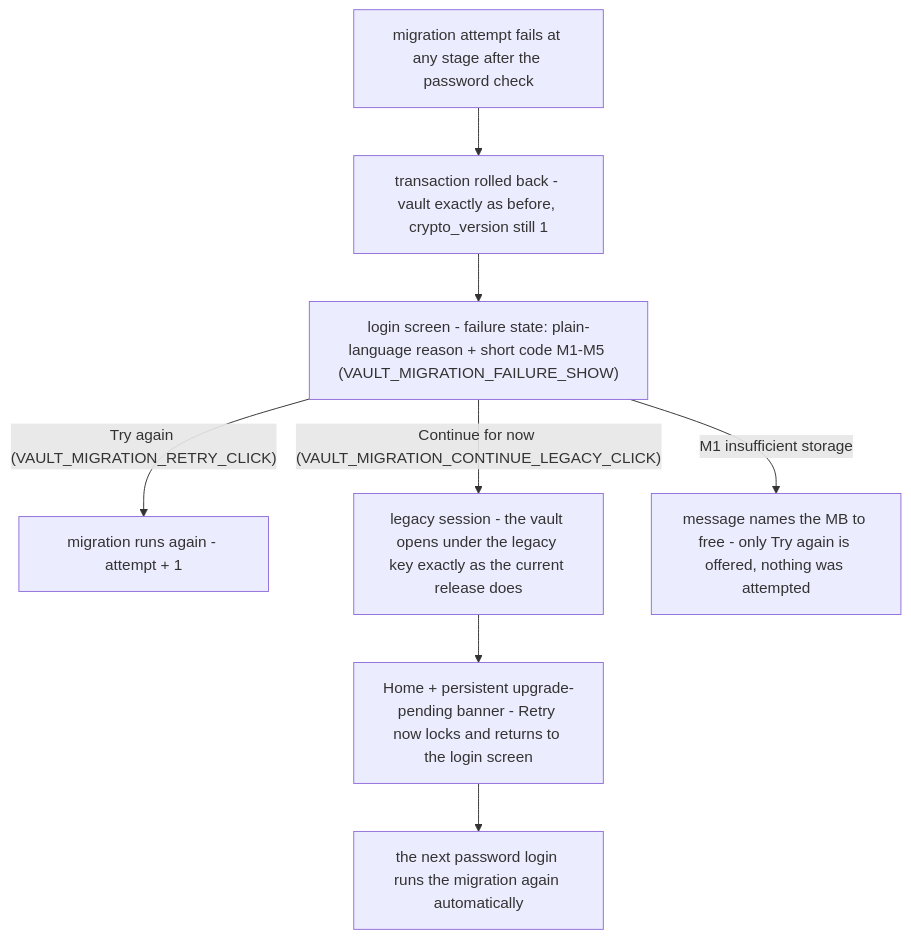
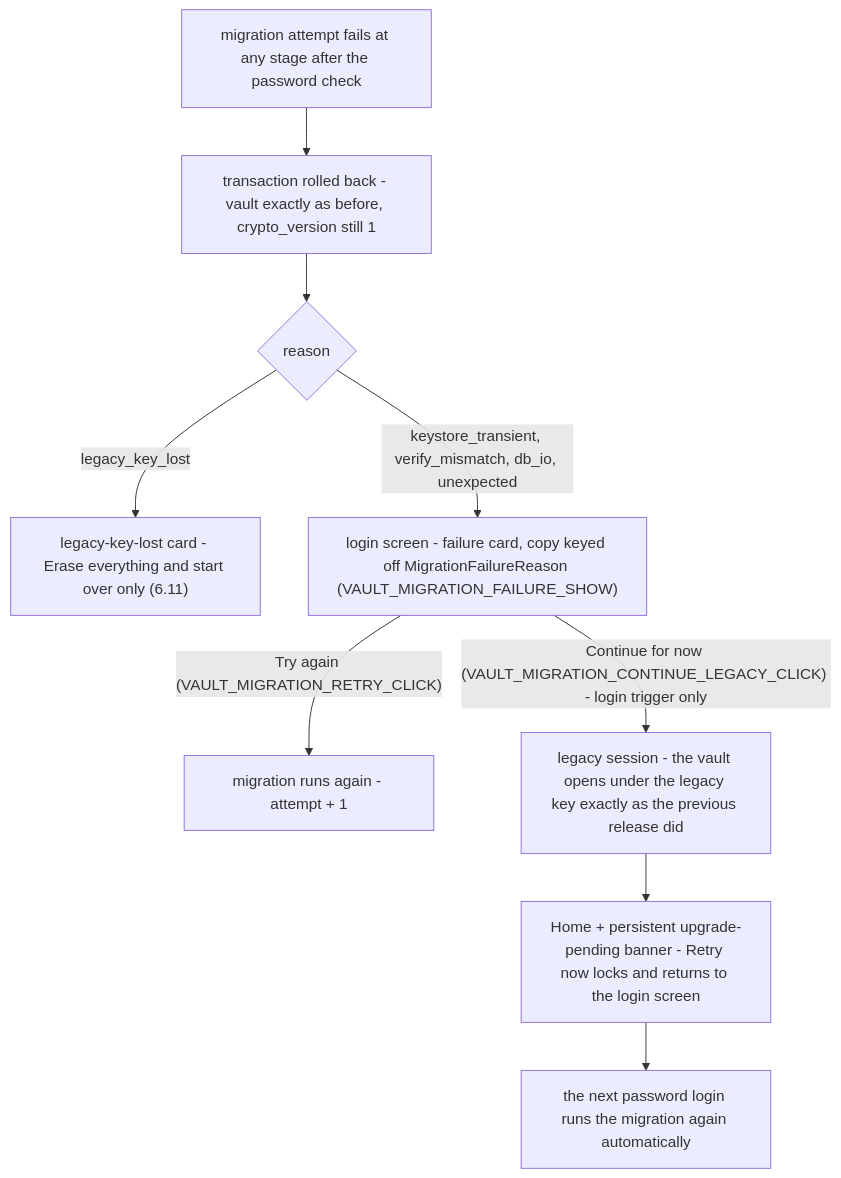
The ninth of 23 diagrams in docs/design/envelope-encryption.md (Ni3verma/Safe-Box), drawn with Mermaid before and after one commit. The commit also changed other lines of this file and 7 other files, not shown here.

````diff
--- a/docs/design/envelope-encryption.md
+++ b/docs/design/envelope-encryption.md
@@ -641,10 +629,11 @@
 ```mermaid
 flowchart TB
     F["migration attempt fails at any stage after the password check"] --> R["transaction rolled back - vault exactly as before, crypto_version still 1"]
-    R --> S["login screen - failure state: plain-language reason + short code M1-M5 (VAULT_MIGRATION_FAILURE_SHOW)"]
+    R --> K{"reason"}
+    K -->|"legacy_key_lost"| LK["legacy-key-lost card - Erase everything and start over only (6.11)"]
+    K -->|"keystore_transient, verify_mismatch, db_io, unexpected"| S["login screen - failure card, copy keyed off MigrationFailureReason (VAULT_MIGRATION_FAILURE_SHOW)"]
     S -->|"Try again (VAULT_MIGRATION_RETRY_CLICK)"| A["migration runs again - attempt + 1"]
-    S -->|"Continue for now (VAULT_MIGRATION_CONTINUE_LEGACY_CLICK)"| L["legacy session - the vault opens under the legacy key exactly as the current release does"]
+    S -->|"Continue for now (VAULT_MIGRATION_CONTINUE_LEGACY_CLICK) - login trigger only"| L["legacy session - the vault opens under the legacy key exactly as the previous release did"]
     L --> H["Home + persistent upgrade-pending banner - Retry now locks and returns to the login screen"]
     H --> N["the next password login runs the migration again automatically"]
-    S -->|"M1 insufficient storage"| D["message names the MB to free - only Try again is offered, nothing was attempted"]
 ```
````
